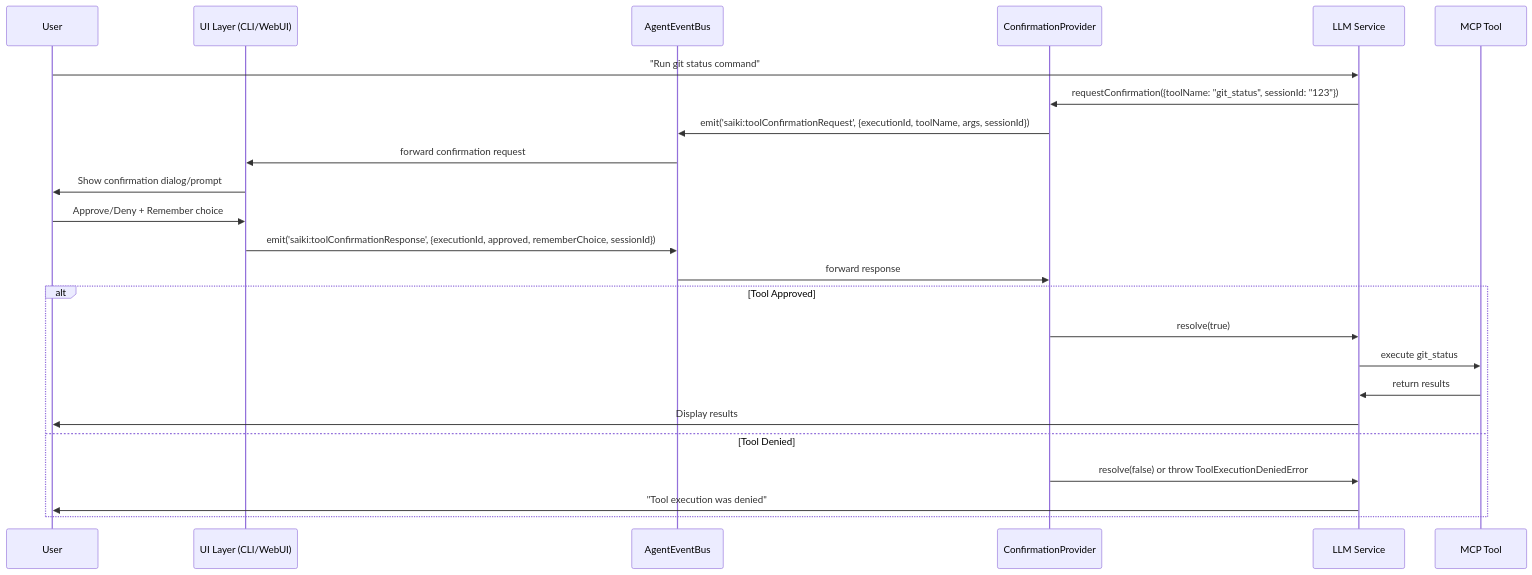
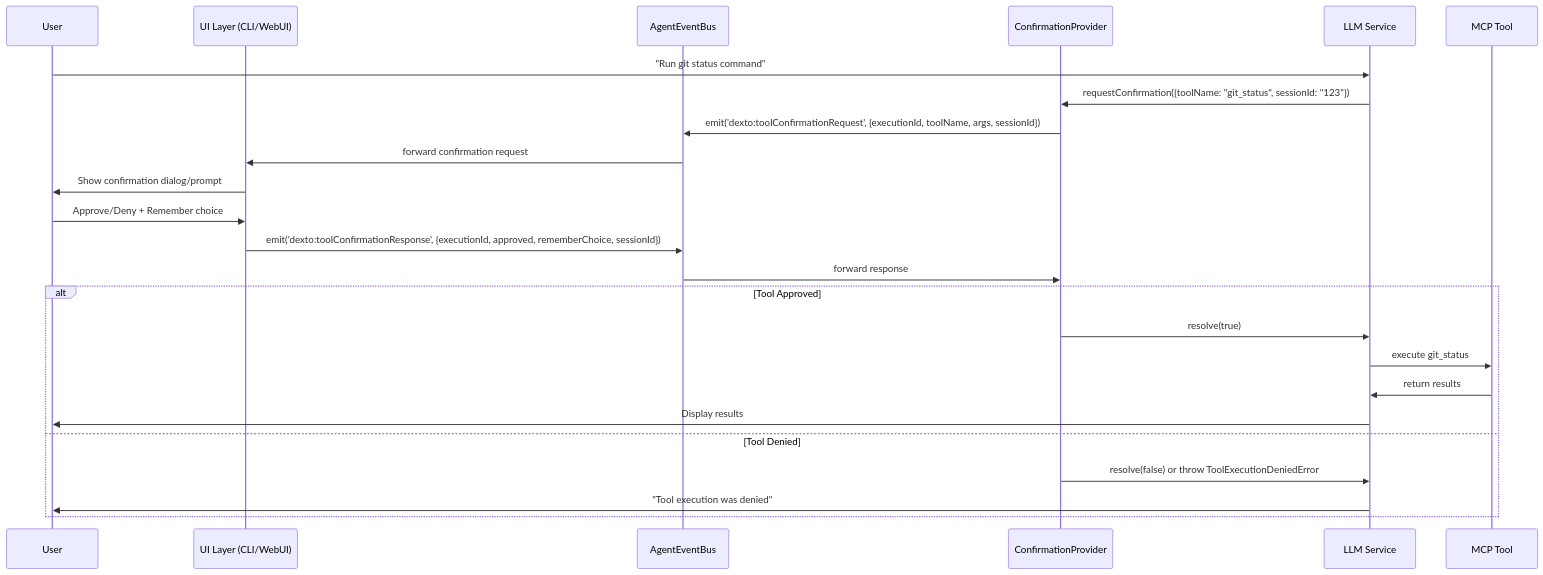
One commit to truffle-ai/saiki changed the diagram in docs/docs/guides/configuring-saiki/toolConfirmation.md. Above: the diagram before and after it, drawn with Mermaid. The commit also changed other lines of this file and 183 other files, not shown here.

````diff
--- a/docs/docs/guides/configuring-saiki/toolConfirmation.md
+++ b/docs/docs/guides/configuring-saiki/toolConfirmation.md
@@ -49,29 +49,29 @@
 ```mermaid
 sequenceDiagram
     participant User as User
     participant UI as UI Layer (CLI/WebUI)
     participant Bus as AgentEventBus
     participant Provider as ConfirmationProvider
     participant LLM as LLM Service
     participant Tool as MCP Tool
 
     User->>LLM: "Run git status command"
     LLM->>Provider: requestConfirmation({toolName: "git_status", sessionId: "123"})
-    Provider->>Bus: emit('saiki:toolConfirmationRequest', {executionId, toolName, args, sessionId})
+    Provider->>Bus: emit('dexto:toolConfirmationRequest', {executionId, toolName, args, sessionId})
     Bus->>UI: forward confirmation request
     
     UI->>User: Show confirmation dialog/prompt
     User->>UI: Approve/Deny + Remember choice
-    UI->>Bus: emit('saiki:toolConfirmationResponse', {executionId, approved, rememberChoice, sessionId})
+    UI->>Bus: emit('dexto:toolConfirmationResponse', {executionId, approved, rememberChoice, sessionId})
     Bus->>Provider: forward response
     
     alt Tool Approved
         Provider->>LLM: resolve(true)
         LLM->>Tool: execute git_status
         Tool->>LLM: return results
         LLM->>User: Display results
     else Tool Denied
         Provider->>LLM: resolve(false) or throw ToolExecutionDeniedError
         LLM->>User: "Tool execution was denied"
     end
 ```
````
